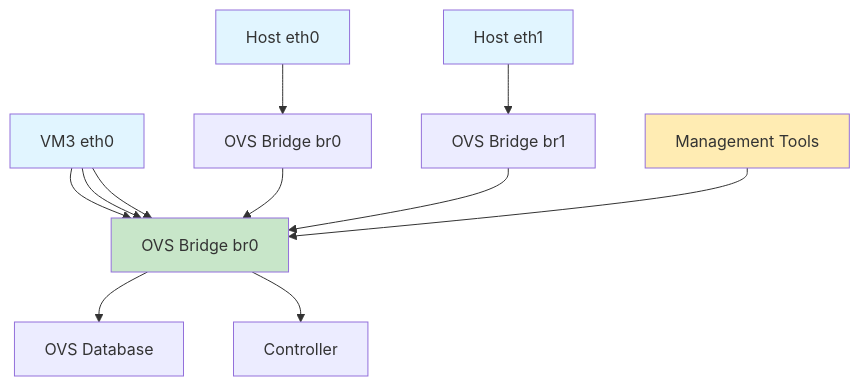
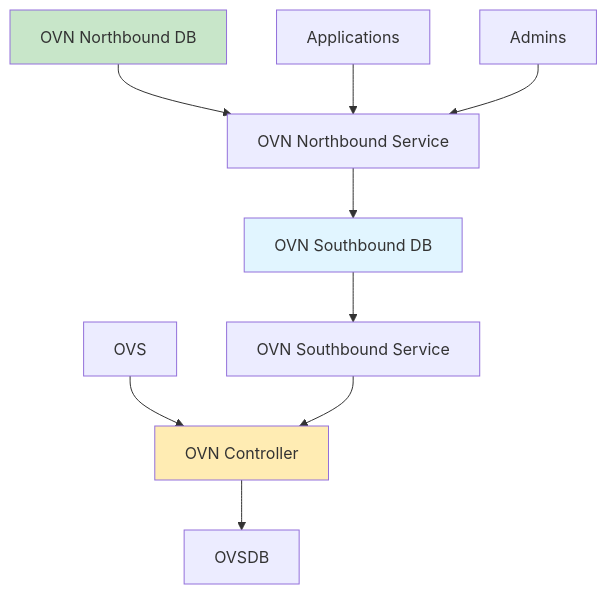
One commit to CrakA2/Linux_HA changed the fourth of 4 diagrams in docs/virtualization/ovs.md. Above: the diagram before and after it, drawn with Mermaid. The commit also changed other lines of this file and 11 other files, not shown here.

````diff
--- a/docs/virtualization/ovs.md
+++ b/docs/virtualization/ovs.md
@@ -7,23 +633,17 @@
 ```mermaid
 graph TB
-    A[VM1 eth0] --> B[OVS Bridge br0]
-    A[VM2 eth0] --> B
-    A[VM3 eth0] --> B
+    A[OVN Northbound DB] --> B[OVN Northbound Service]
+    C[OVN Southbound DB] --> D[OVN Southbound Service]
+    E[OVS] --> F[OVN Controller]
     
-    B --> C[OVS Database]
-    B --> D[Controller]
+    B --> C
+    D --> F
+    F --> G[OVSDB]
     
-    E[Host eth0] --> F[OVS Bridge br0]
-    F --> B
+    H[Applications] --> B
+    I[Admins] --> B
     
-    G[Host eth1] --> H[OVS Bridge br1]
-    H --> B
-    
-    I[Management Tools] --> B
-    
-    style A fill:#e1f5ff
-    style B fill:#c8e6c9
-    style E fill:#e1f5ff
-    style G fill:#e1f5ff
-    style I fill:#ffecb3
+    style A fill:#c8e6c9
+    style C fill:#e1f5ff
+    style F fill:#ffecb3
 ```
````
